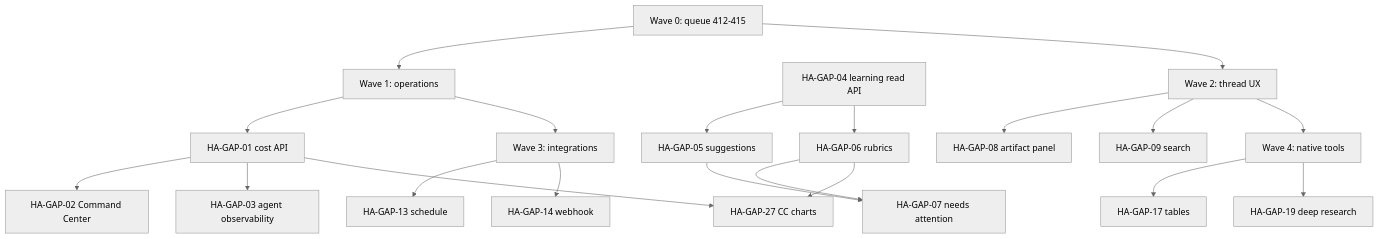
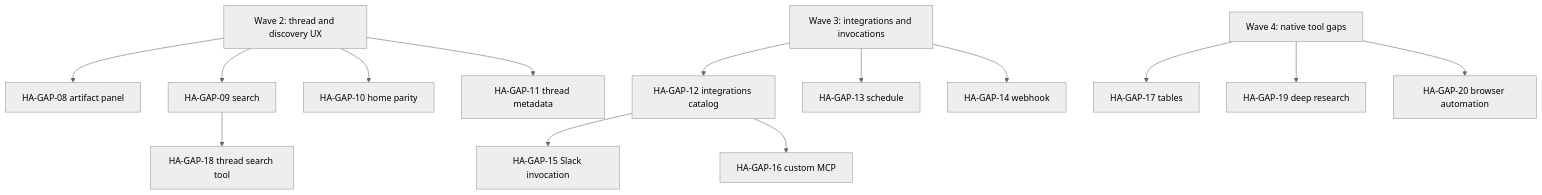
One commit to gannonh/agentis changed the diagram in docs/roadmap/hyperagent-gap-roadmap.md. Above: the diagram before and after it, drawn with Mermaid (neutral theme). The commit also changed other lines of this file and 17 other files, not shown here.

First line of the commit message:
docs(roadmap): make hyperagent gaps the active plan

````diff
--- a/docs/roadmap/hyperagent-gap-roadmap.md
+++ b/docs/roadmap/hyperagent-gap-roadmap.md
@@ -755,22 +523,19 @@
 ```mermaid
 flowchart TD
-  W0[Wave 0: queue 412-415] --> W1[Wave 1: operations]
-  W1 --> G01[HA-GAP-01 cost API]
-  G01 --> G02[HA-GAP-02 Command Center]
-  G01 --> G03[HA-GAP-03 agent observability]
-  G04[HA-GAP-04 learning read API] --> G05[HA-GAP-05 suggestions]
-  G04 --> G06[HA-GAP-06 rubrics]
-  G05 --> G07[HA-GAP-07 needs attention]
-  G06 --> G07
-  G01 --> G27[HA-GAP-27 CC charts]
-  G06 --> G27
-  W0 --> W2[Wave 2: thread UX]
+  W2[Wave 2: thread and discovery UX]
   W2 --> G08[HA-GAP-08 artifact panel]
   W2 --> G09[HA-GAP-09 search]
-  W1 --> W3[Wave 3: integrations]
+  W2 --> G10[HA-GAP-10 home parity]
+  W2 --> G11[HA-GAP-11 thread metadata]
+  W3[Wave 3: integrations and invocations]
+  W3 --> G12[HA-GAP-12 integrations catalog]
+  G12 --> G15[HA-GAP-15 Slack invocation]
+  G12 --> G16[HA-GAP-16 custom MCP]
   W3 --> G13[HA-GAP-13 schedule]
   W3 --> G14[HA-GAP-14 webhook]
-  W2 --> W4[Wave 4: native tools]
+  W4[Wave 4: native tool gaps]
   W4 --> G17[HA-GAP-17 tables]
+  G09 --> G18[HA-GAP-18 thread search tool]
   W4 --> G19[HA-GAP-19 deep research]
+  W4 --> G20[HA-GAP-20 browser automation]
 ```
````
